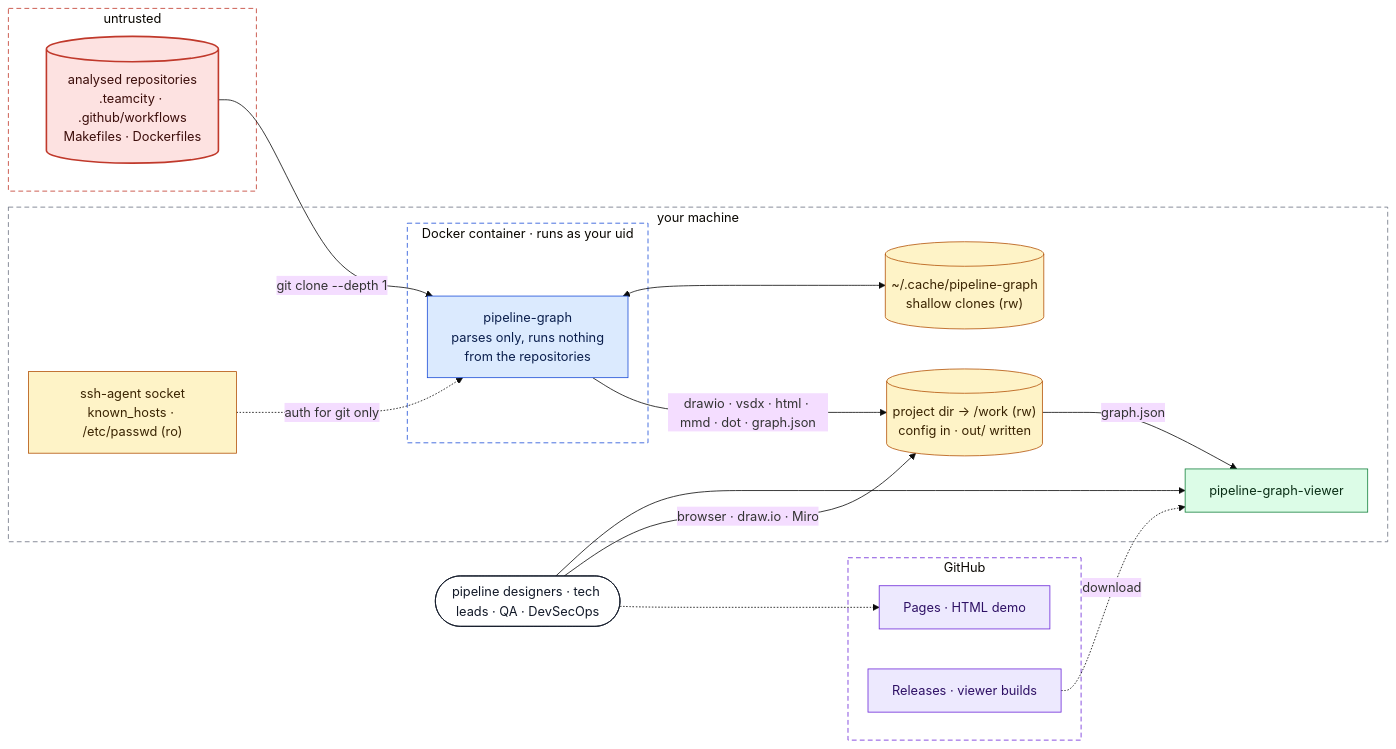
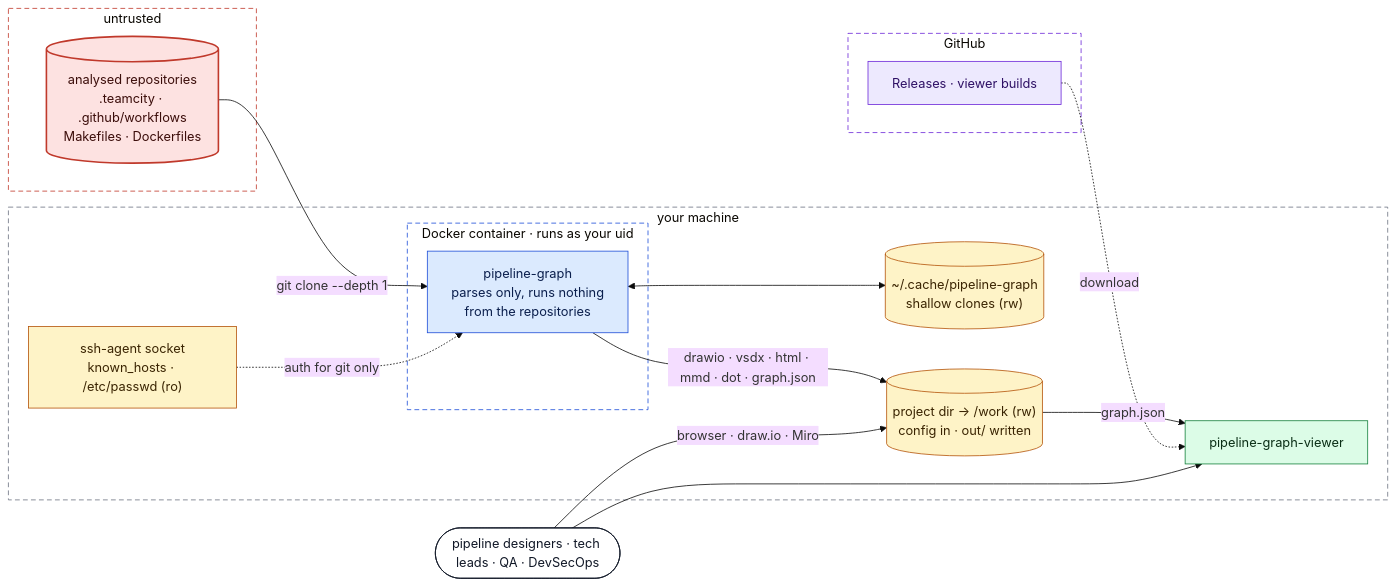
Before and after one commit to Avicted/tools.pipeline-graph: the first of 10 diagrams in docs/architecture.md, drawn with Mermaid (base theme). The commit also changed other lines of this file and 3 other files, not shown here.

First line of the commit message:
ci: remove the GitHub Pages demo

````diff
--- a/docs/architecture.md
+++ b/docs/architecture.md
@@ -28,46 +28,44 @@
 ```mermaid
 flowchart LR
     users(["pipeline designers · tech leads · QA · DevSecOps"])
     subgraph untrusted["untrusted"]
         repos[("analysed repositories<br/>.teamcity · .github/workflows<br/>Makefiles · Dockerfiles")]
     end
     subgraph host["your machine"]
         subgraph box["Docker container · runs as your uid"]
             cli["pipeline-graph<br/>parses only, runs nothing<br/>from the repositories"]
         end
         creds["ssh-agent socket<br/>known_hosts · /etc/passwd (ro)"]
         cache[("~/.cache/pipeline-graph<br/>shallow clones (rw)")]
         out[("project dir → /work (rw)<br/>config in · out/ written")]
         viewer["pipeline-graph-viewer"]
     end
     subgraph gh["GitHub"]
-        pages["Pages · HTML demo"]
         rel["Releases · viewer builds"]
     end
     repos -- "git clone --depth 1" --> cli
     creds -. "auth for git only" .-> cli
     cli <--> cache
     cli -- "drawio · vsdx · html · mmd · dot · graph.json" --> out
     out -- "graph.json" --> viewer
     rel -. "download" .-> viewer
     users --> viewer
     users -- "browser · draw.io · Miro" --> out
-    users -.-> pages
 
     classDef untrusted fill:#fde2e1,stroke:#c0392b,color:#3b0d0a,stroke-width:2px
     classDef go fill:#dbeafe,stroke:#1d4ed8,color:#0b1f4d
     classDef data fill:#fef3c7,stroke:#b45309,color:#3a2402
     classDef rust fill:#dcfce7,stroke:#15803d,color:#0a2e16
     classDef hosted fill:#ede9fe,stroke:#6d28d9,color:#2e1065
     classDef actor fill:#ffffff,stroke:#111827,color:#111827
     class repos untrusted
     class cli go
     class creds,cache,out data
     class viewer rust
-    class pages,rel hosted
+    class rel hosted
     class users actor
     style untrusted fill:none,stroke:#c0392b,stroke-dasharray:6 4
     style host fill:none,stroke:#6b7280,stroke-dasharray:6 4
     style box fill:none,stroke:#1d4ed8,stroke-dasharray:6 4
     style gh fill:none,stroke:#6d28d9,stroke-dasharray:6 4
 ```
````
